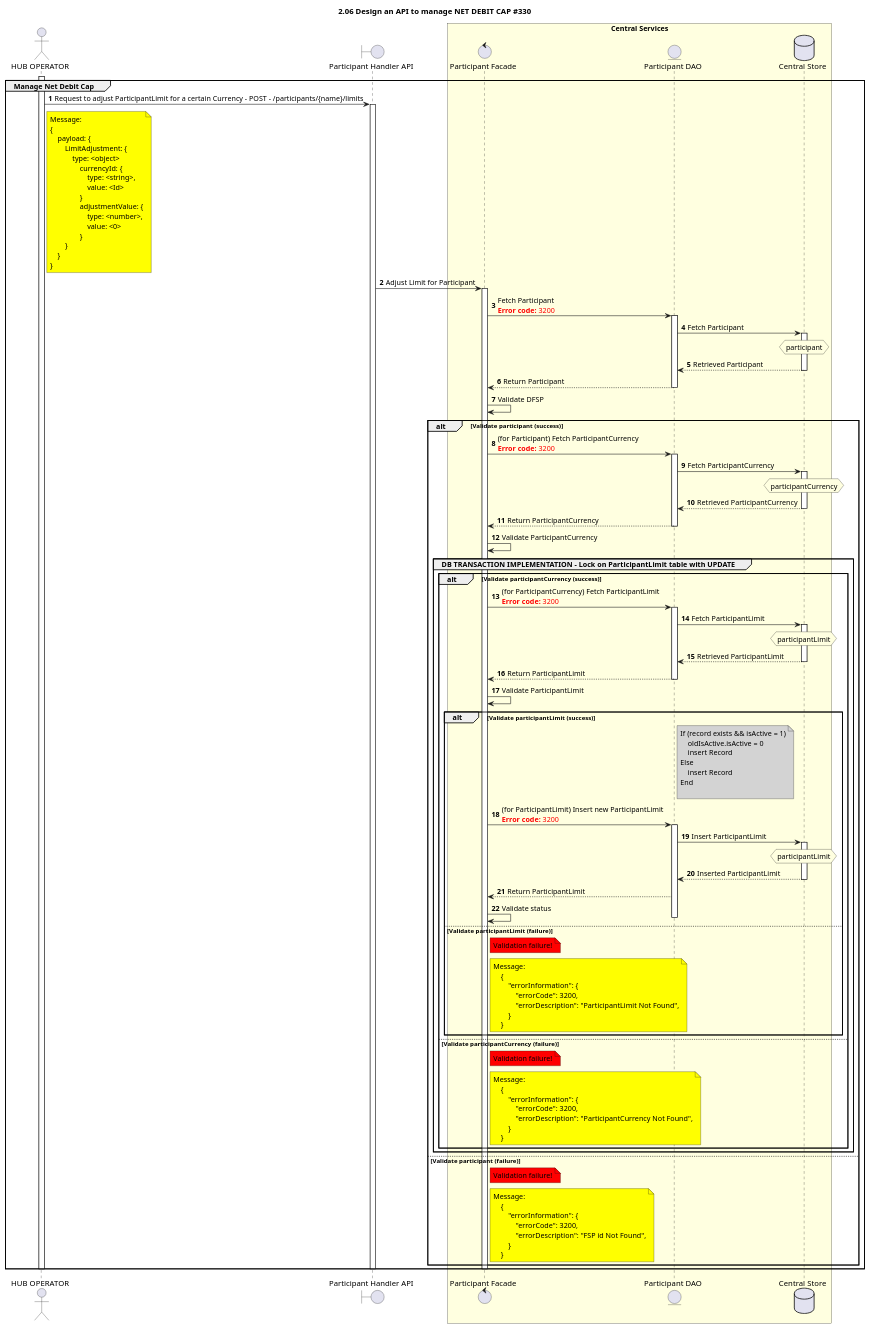
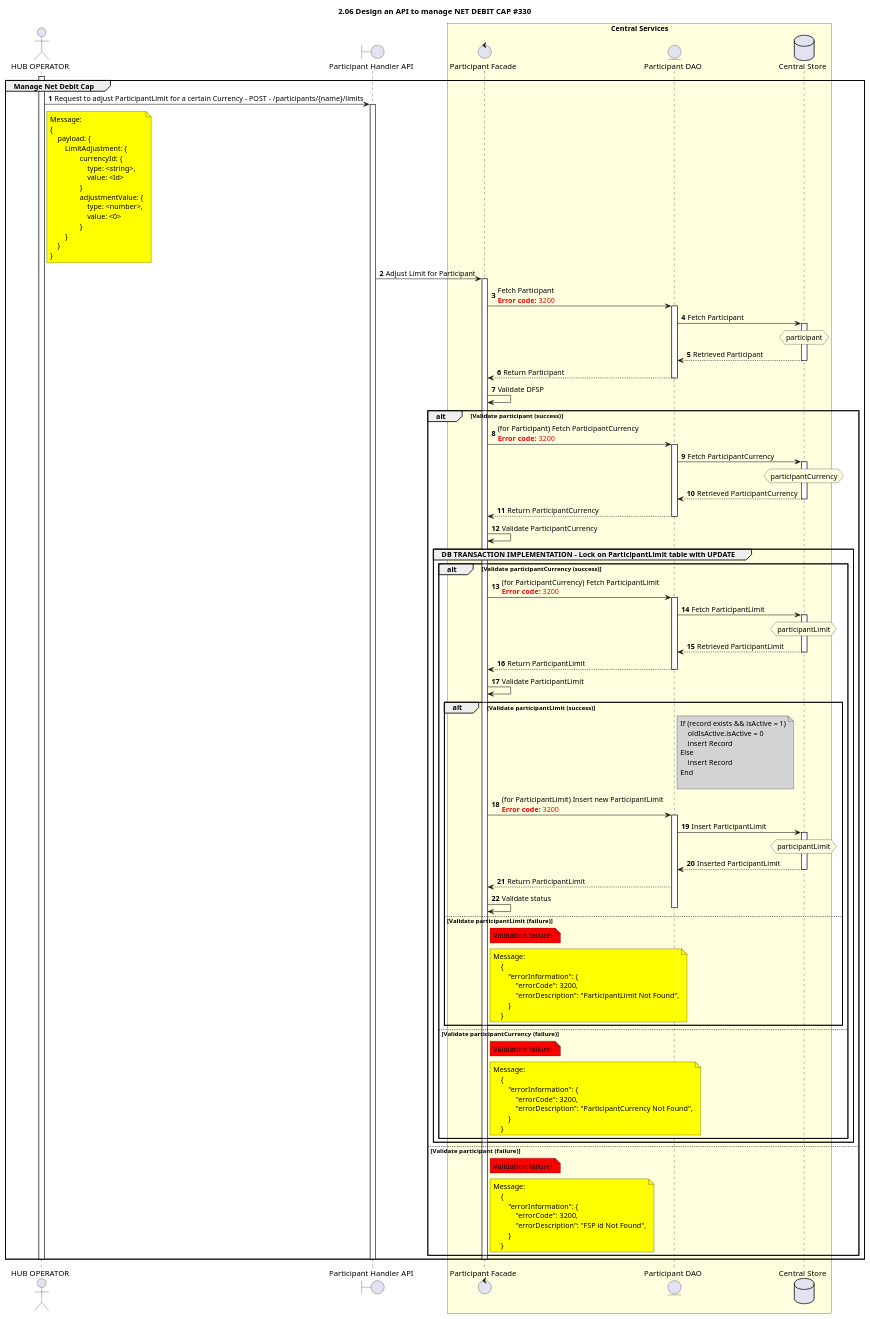
The diagram in CentralServices/seq_diagrams/participant/manage_participant_limit.plantuml (ggrg/docs), drawn with PlantUML before and after one commit. The commit also changed 1 other file, not shown here.

```diff
--- a/CentralServices/seq_diagrams/participant/manage_participant_limit.plantuml
+++ b/CentralServices/seq_diagrams/participant/manage_participant_limit.plantuml
@@ -1,162 +1,161 @@
 @startuml
 ' declare title
 title 2.06 Design an API to manage NET DEBIT CAP #330
 
 autonumber
 
 ' declare actors
 actor "HUB OPERATOR" as OPERATOR
 boundary "Participant Handler API" as PartHAPI
 control "Participant Facade" as PARTICIPANT_FACADE
 entity "Participant DAO" as PARTICIPANT_DAO
 database "Central Store" as DB
 
 box "Central Services" #LightYellow
 participant PARTICIPANT_FACADE
 participant PARTICIPANT_DAO
 participant DB
 end box
 
 ' start flow
 
 activate OPERATOR
 group Manage Net Debit Cap
     OPERATOR -> PartHAPI: Request to adjust ParticipantLimit for a certain Currency - POST - /participants/{name}/limits
     note right of OPERATOR #yellow
         Message:
         {
             payload: {
                 LimitAdjustment: {
-                    type: <object>
                         currencyId: {
                             type: <string>,
                             value: <Id>
                         }
                         adjustmentValue: {
                             type: <number>,
                             value: <0>
                         }
                 }
             }
         }
     end note
 
     activate PartHAPI
     PartHAPI -> PARTICIPANT_FACADE: Adjust Limit for Participant
     activate PARTICIPANT_FACADE
     PARTICIPANT_FACADE ->PARTICIPANT_DAO: Fetch Participant \n<color #FF0000><b>Error code:</b> 3200</color>
     activate PARTICIPANT_DAO
     PARTICIPANT_DAO -> DB: Fetch Participant
     activate DB
     hnote over DB #lightyellow
         participant
     end note
     DB --> PARTICIPANT_DAO: Retrieved Participant
     deactivate DB
     PARTICIPANT_DAO --> PARTICIPANT_FACADE: Return Participant
     deactivate PARTICIPANT_DAO
     PARTICIPANT_FACADE -> PARTICIPANT_FACADE: Validate DFSP
     alt Validate participant (success)
         PARTICIPANT_FACADE ->PARTICIPANT_DAO:  (for Participant) Fetch ParticipantCurrency \n<color #FF0000><b>Error code:</b> 3200</color>
         activate PARTICIPANT_DAO
         PARTICIPANT_DAO -> DB: Fetch ParticipantCurrency
         activate DB
         hnote over DB #lightyellow
             participantCurrency
         end note
         DB --> PARTICIPANT_DAO: Retrieved ParticipantCurrency
         deactivate DB
         PARTICIPANT_DAO --> PARTICIPANT_FACADE: Return ParticipantCurrency
         deactivate PARTICIPANT_DAO
         PARTICIPANT_FACADE->PARTICIPANT_FACADE: Validate ParticipantCurrency
         Group DB TRANSACTION IMPLEMENTATION - Lock on ParticipantLimit table with UPDATE
             alt Validate participantCurrency (success)
                 PARTICIPANT_FACADE ->PARTICIPANT_DAO:  (for ParticipantCurrency) Fetch ParticipantLimit \n<color #FF0000><b>Error code:</b> 3200</color>
                 activate PARTICIPANT_DAO
                 PARTICIPANT_DAO -> DB: Fetch ParticipantLimit
                 activate DB
                 hnote over DB #lightyellow
                     participantLimit
                 end note
                 DB --> PARTICIPANT_DAO: Retrieved ParticipantLimit
                 deactivate DB
                 PARTICIPANT_DAO --> PARTICIPANT_FACADE: Return ParticipantLimit
                 deactivate PARTICIPANT_DAO
                 PARTICIPANT_FACADE -> PARTICIPANT_FACADE: Validate ParticipantLimit
                 alt Validate participantLimit (success)
                     note right of PARTICIPANT_DAO #lightgrey
                         If (record exists && isActive = 1)
                             oldIsActive.isActive = 0
                             insert Record
                         Else
                             insert Record
                         End
 
                     end note
 
                     PARTICIPANT_FACADE ->PARTICIPANT_DAO:  (for ParticipantLimit) Insert new ParticipantLimit \n<color #FF0000><b>Error code:</b> 3200</color>
 
                     activate PARTICIPANT_DAO
 
                     PARTICIPANT_DAO -> DB: Insert ParticipantLimit
                     activate DB
                     hnote over DB #lightyellow
                         participantLimit
                     end note
                     DB --> PARTICIPANT_DAO: Inserted ParticipantLimit
                     deactivate DB
                     PARTICIPANT_DAO --> PARTICIPANT_FACADE: Return ParticipantLimit
 
                     PARTICIPANT_FACADE -> PARTICIPANT_FACADE: Validate status
 
                     deactivate PARTICIPANT_DAO
                 else Validate participantLimit (failure)
                     note right of PARTICIPANT_FACADE #red: Validation failure!
 
                     note right of PARTICIPANT_FACADE #yellow
                         Message:
                             {
                                 "errorInformation": {
                                     "errorCode": 3200,
                                     "errorDescription": "ParticipantLimit Not Found",
                                 }
                             }
                     end note
                 end
             else Validate participantCurrency (failure)
                 note right of PARTICIPANT_FACADE #red: Validation failure!
 
                 note right of PARTICIPANT_FACADE #yellow
                     Message:
                         {
                             "errorInformation": {
                                 "errorCode": 3200,
                                 "errorDescription": "ParticipantCurrency Not Found",
                             }
                         }
                 end note
             end
 
             ' Release Lock on ParticipantLimit table
         End
 
     else Validate participant (failure)
         note right of PARTICIPANT_FACADE #red: Validation failure!
 
         note right of PARTICIPANT_FACADE #yellow
             Message:
                 {
                     "errorInformation": {
                         "errorCode": 3200,
                         "errorDescription": "FSP id Not Found",
                     }
                 }
         end note
 
     end
 
     deactivate PARTICIPANT_FACADE
     deactivate PartHAPI
     deactivate OPERATOR
 end
 @enduml
```
